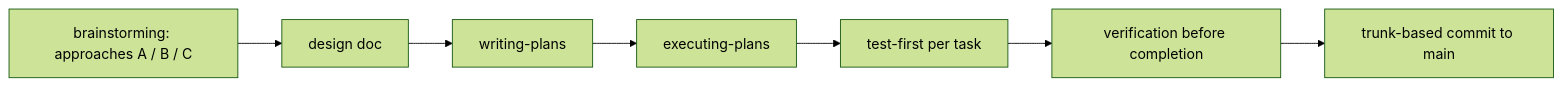
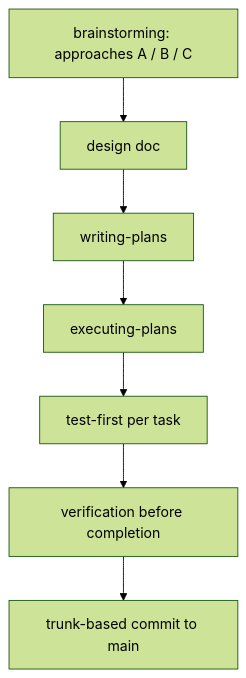
Before and after one commit to rifaterdemsahin/google-flow-vectors: the fourth of 4 diagrams in docs/workflow.md, drawn with Mermaid (forest theme). The commit also changed other lines of this file and 2 other files, not shown here.

Commit message:
fix: top-down Mermaid layouts so diagrams stay readable

````diff
--- a/docs/workflow.md
+++ b/docs/workflow.md
@@ -83,9 +80,9 @@
 ```mermaid
-flowchart LR
+flowchart TD
   B["brainstorming: approaches A / B / C"] --> D["design doc"]
   D --> W["writing-plans"]
   W --> E["executing-plans"]
   E --> T["test-first per task"]
   T --> V["verification before completion"]
   V --> M["trunk-based commit to main"]
 ```
````
